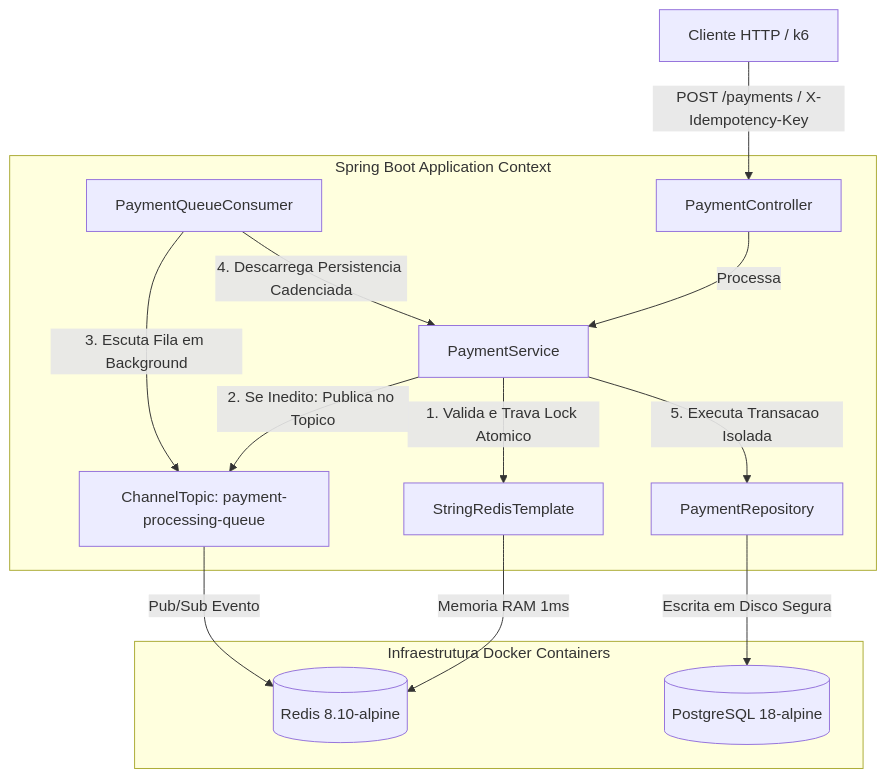
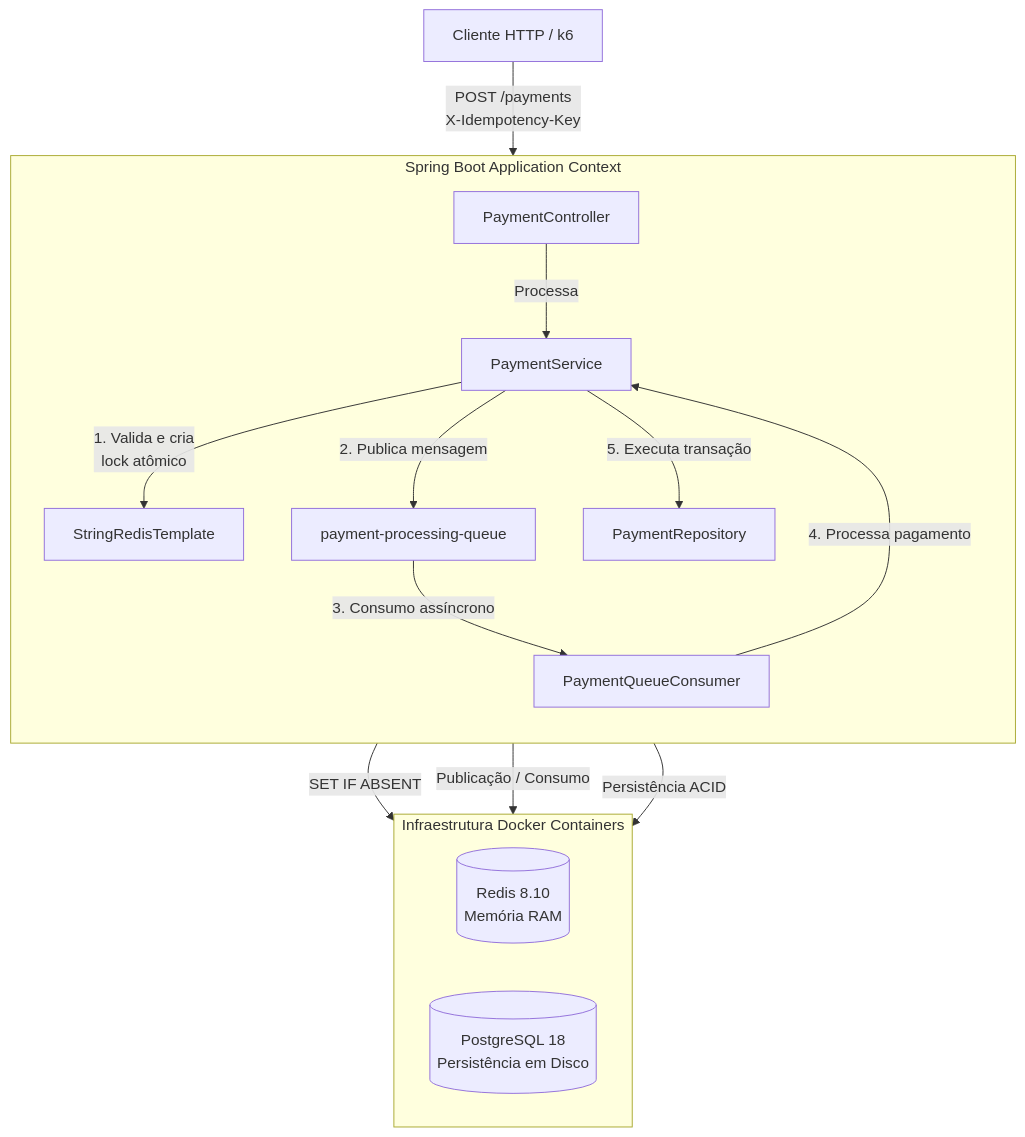
The diagram in spring-boot/README.md (rubensrabelo/sistema-pagamentos-idempotente), drawn with Mermaid before and after one commit. The commit also changed other lines of this file and 7 other files, not shown here.

````diff
--- a/spring-boot/README.md
+++ b/spring-boot/README.md
@@ -26,20 +33,49 @@
 ```mermaid
 graph TD
-    Client[Cliente HTTP / k6] -->|POST /payments / X-Idempotency-Key| Controller[PaymentController]
-    
-    subgraph Spring Boot Application Context
-        Controller -->|Processa| Service[PaymentService]
-        Service -->|1. Valida e Trava Lock Atomico| RedisTemplate[StringRedisTemplate]
-        Service -->|2. Se Inedito: Publica no Topico| RedisTopic[ChannelTopic: payment-processing-queue]
-        
-        Consumer[PaymentQueueConsumer] -->|3. Escuta Fila em Background| RedisTopic
-        Consumer -->|4. Descarrega Persistencia Cadenciada| Service
-        Service -->|5. Executa Transacao Isolada| Repository[PaymentRepository]
+
+    Client["Cliente HTTP / k6"]
+
+    subgraph SpringBoot["Spring Boot Application Context"]
+        direction TB
+
+        Controller["PaymentController"]
+
+        Service["PaymentService"]
+
+        RedisTemplate["StringRedisTemplate"]
+
+        RedisTopic["payment-processing-queue"]
+
+        Consumer["PaymentQueueConsumer"]
+
+        Repository["PaymentRepository"]
+
+        Controller -->|"Processa"| Service
+
+        Service -->|"1. Valida e cria<br/>lock atômico"| RedisTemplate
+
+        Service -->|"2. Publica mensagem"| RedisTopic
+
+        RedisTopic -->|"3. Consumo assíncrono"| Consumer
+
+        Consumer -->|"4. Processa pagamento"| Service
+
+        Service -->|"5. Executa transação"| Repository
     end
 
-    subgraph Infraestrutura Docker Containers
-        RedisTemplate -->|Memoria RAM 1ms| RedisDB[(Redis 8.10-alpine)]
-        RedisTopic -->|Pub/Sub Evento| RedisDB
-        Repository -->|Escrita em Disco Segura| PostgresDB[(PostgreSQL 18-alpine)]
+    subgraph Infraestrutura["Infraestrutura Docker Containers"]
+        direction LR
+
+        RedisDB[("Redis 8.10<br/>Memória RAM")]
+
+        PostgresDB[("PostgreSQL 18<br/>Persistência em Disco")]
     end
+
+    Client -->|"POST /payments<br/>X-Idempotency-Key"| Controller
+
+    RedisTemplate -->|"SET IF ABSENT"| RedisDB
+
+    RedisTopic -->|"Publicação / Consumo"| RedisDB
+
+    Repository -->|"Persistência ACID"| PostgresDB
 ```
````
